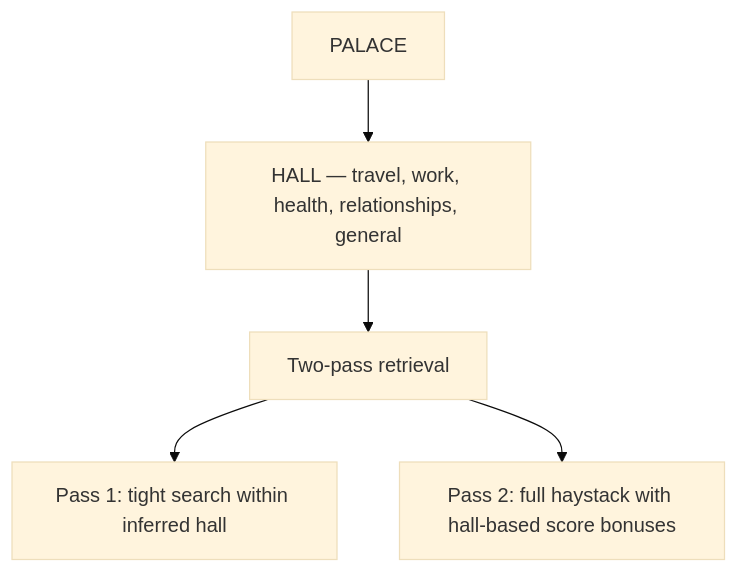
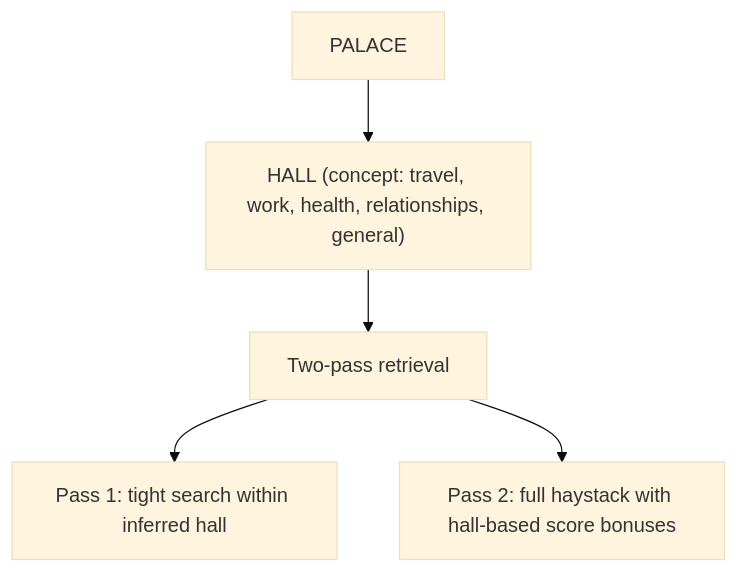
The diagram in benchmarks/BENCHMARKS.md (milla-jovovich/mempalace), drawn with Mermaid (base theme) before and after one commit. The commit also changed 3 other files, not shown here.

First line of the commit message:
docs: address PR 393 review (Mermaid labels, tunnel, wording)

````diff
--- a/benchmarks/BENCHMARKS.md
+++ b/benchmarks/BENCHMARKS.md
@@ -264,8 +264,8 @@
 ```mermaid
 flowchart TB
   P[PALACE]
-  P --> H["HALL — travel, work, health, relationships, general"]
+  P --> H["HALL (concept: travel, work, health, relationships, general)"]
   H --> TP[Two-pass retrieval]
   TP --> P1[Pass 1: tight search within inferred hall]
   TP --> P2[Pass 2: full haystack with hall-based score bonuses]
 ```
````
